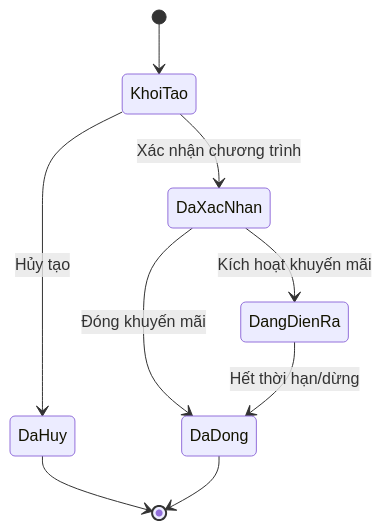
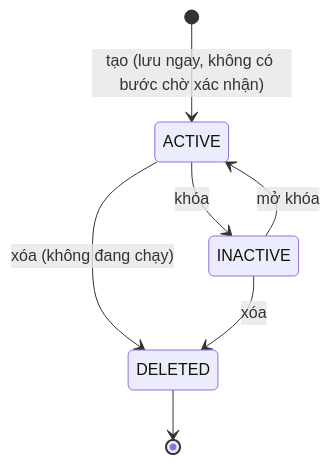
The diagram in 01-business/workflows/discount-lifecycle.md (pc-shopping-assistant-org/docs), drawn with Mermaid before and after one commit. The commit also changed other lines of this file and 76 other files, not shown here.

````diff
--- a/01-business/workflows/discount-lifecycle.md
+++ b/01-business/workflows/discount-lifecycle.md
@@ -5,11 +7,9 @@
 ```mermaid
 stateDiagram-v2
-    [*] --> KhoiTao
-    KhoiTao --> DaXacNhan: Xác nhận chương trình
-    KhoiTao --> DaHuy: Hủy tạo
-    DaXacNhan --> DangDienRa: Kích hoạt khuyến mãi
-    DaXacNhan --> DaDong: Đóng khuyến mãi
-    DangDienRa --> DaDong: Hết thời hạn/dừng
-    DaHuy --> [*]
-    DaDong --> [*]
+    [*] --> ACTIVE: tạo (lưu ngay, không có bước chờ xác nhận)
+    ACTIVE --> INACTIVE: khóa
+    INACTIVE --> ACTIVE: mở khóa
+    ACTIVE --> DELETED: xóa (không đang chạy)
+    INACTIVE --> DELETED: xóa
+    DELETED --> [*]
 ```
````
